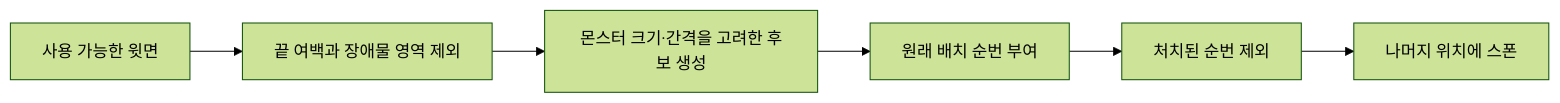
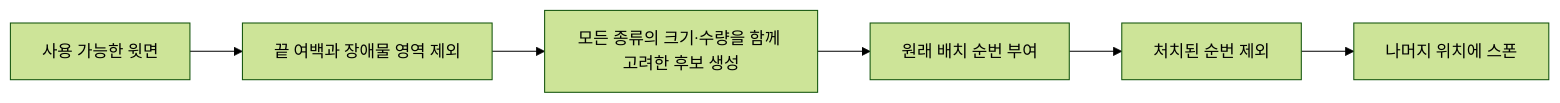
The fourth of 5 diagrams in Docs/맵 구성과 몬스터 배치 데이터 제안서.md (hyunho9228-web/DataSheet), drawn with Mermaid (forest theme) before and after one commit. The commit also changed other lines of this file, not shown here.

Commit message:
맵구성 몬스터 배치 관련 문서 수정

````diff
--- a/Docs/맵 구성과 몬스터 배치 데이터 제안서.md
+++ b/Docs/맵 구성과 몬스터 배치 데이터 제안서.md
@@ -136,8 +139,8 @@
 ```mermaid
 flowchart LR
     A[사용 가능한 윗면] --> B[끝 여백과 장애물 영역 제외]
-    B --> C[몬스터 크기·간격을 고려한 후보 생성]
+    B --> C[모든 종류의 크기·수량을 함께 고려한 후보 생성]
     C --> D[원래 배치 순번 부여]
     D --> E[처치된 순번 제외]
     E --> F[나머지 위치에 스폰]
 ```
````
